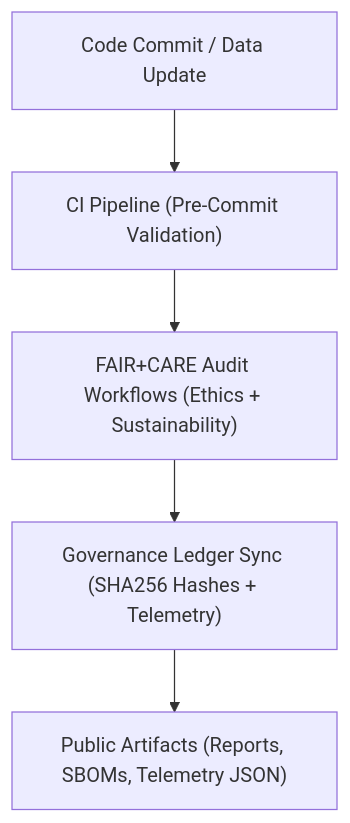
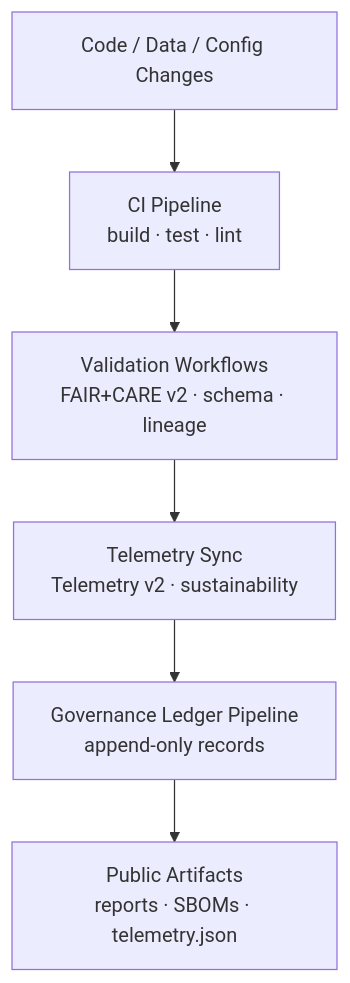
The diagram in docs/guides/workflows/README.md (bartytime4life/Kansas-Frontier-Matrix), drawn with Mermaid before and after one commit. The commit also changed other lines of this file, not shown here.

`````diff
--- a/docs/guides/workflows/README.md
+++ b/docs/guides/workflows/README.md
@@ -63,7 +81,9 @@
 ```mermaid
 flowchart TD
-A["Code Commit / Data Update"] --> B["CI Pipeline (Pre-Commit Validation)"]
-B --> C["FAIR+CARE Audit Workflows (Ethics + Sustainability)"]
-C --> D["Governance Ledger Sync (SHA256 Hashes + Telemetry)"]
-D --> E["Public Artifacts (Reports, SBOMs, Telemetry JSON)"]
-```
+
+SRC["Code / Data / Config Changes"] --> CI["CI Pipeline<br/>build · test · lint"]
+CI --> VAL["Validation Workflows<br/>FAIR+CARE v2 · schema · lineage"]
+VAL --> TEL["Telemetry Sync<br/>Telemetry v2 · sustainability"]
+TEL --> LED["Governance Ledger Pipeline<br/>append-only records"]
+LED --> PUB["Public Artifacts<br/>reports · SBOMs · telemetry.json"]
+````
`````
